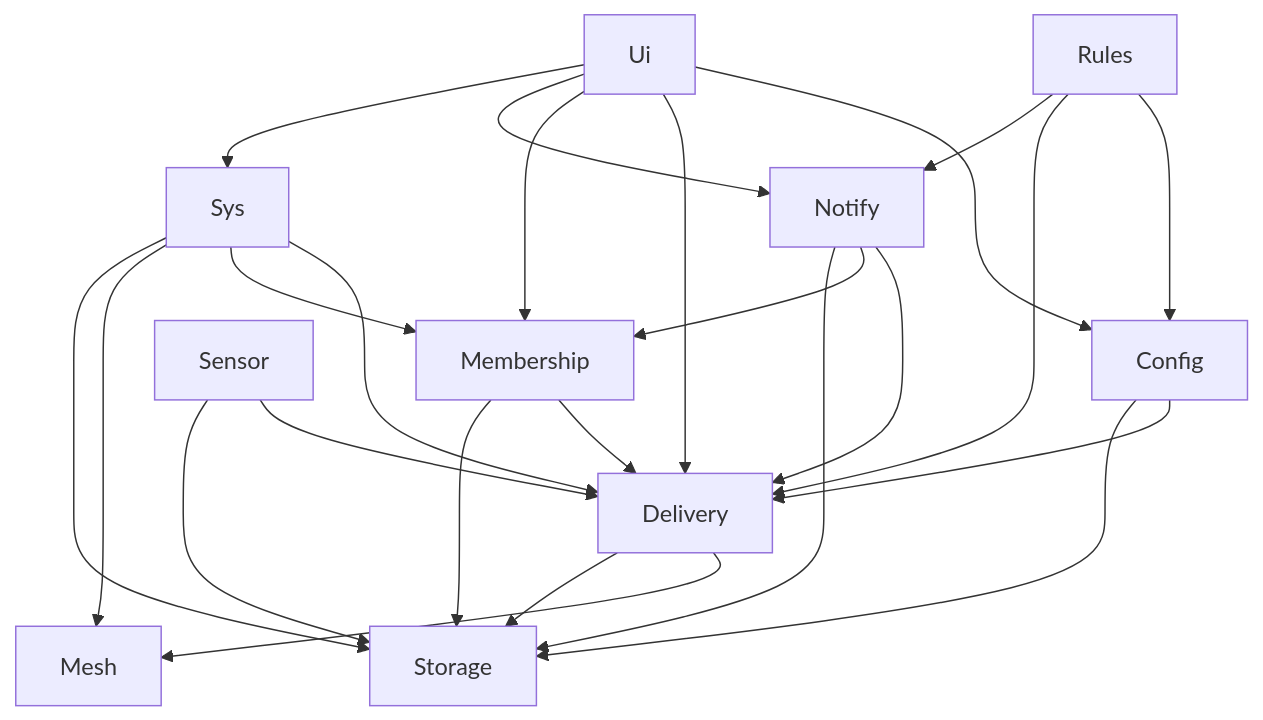
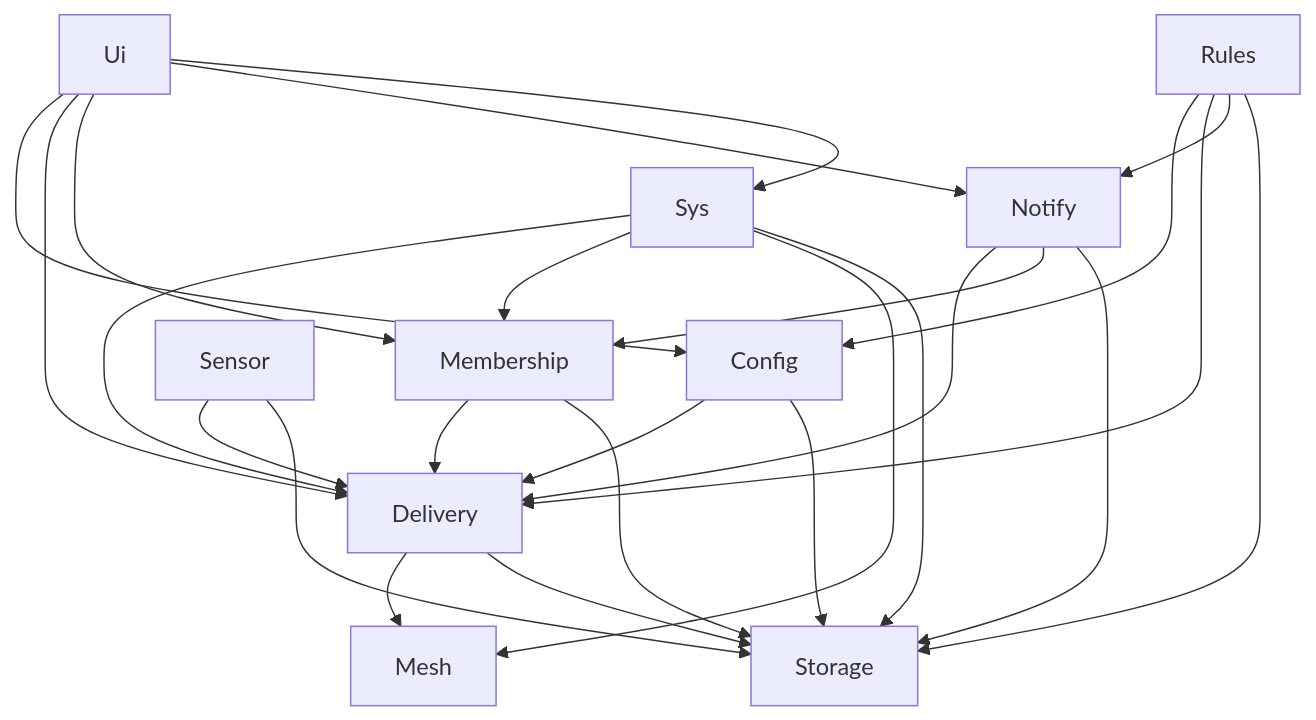
The first of 2 diagrams in _bmad-output/planning-artifacts/architecture/architecture-garageAlarms-2026-09-29/ARCHITECTURE-SPINE.md (wol-micro/garageAlarms2.0), drawn with Mermaid before and after one commit. The commit also changed other lines of this file and 16 other files, not shown here.

````diff
--- a/_bmad-output/planning-artifacts/architecture/architecture-garageAlarms-2026-09-29/ARCHITECTURE-SPINE.md
+++ b/_bmad-output/planning-artifacts/architecture/architecture-garageAlarms-2026-09-29/ARCHITECTURE-SPINE.md
@@ -40,26 +40,27 @@
 ```mermaid
 flowchart TD
   Ui --> Config
   Ui --> Delivery
   Ui --> Membership
   Ui --> Notify
   Ui --> Sys
   Rules --> Config
   Rules --> Delivery
   Rules --> Notify
   Notify --> Delivery
   Notify --> Membership
   Config --> Delivery
   Membership --> Delivery
   Sensor --> Delivery
   Sys --> Delivery
   Sys --> Membership
   Sys --> Mesh
   Delivery --> Mesh
   Sensor --> Storage
   Config --> Storage
   Delivery --> Storage
   Notify --> Storage
   Membership --> Storage
   Sys --> Storage
+  Rules --> Storage
 ```
````
